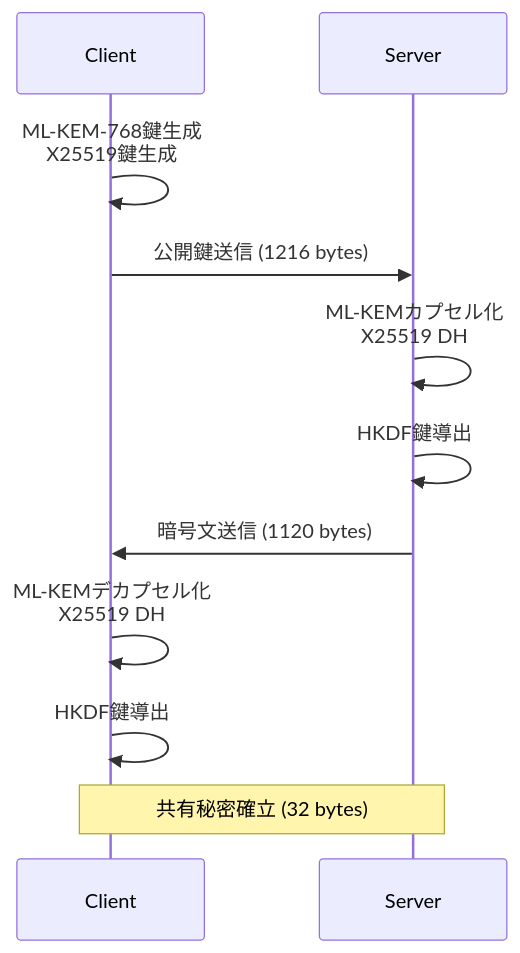
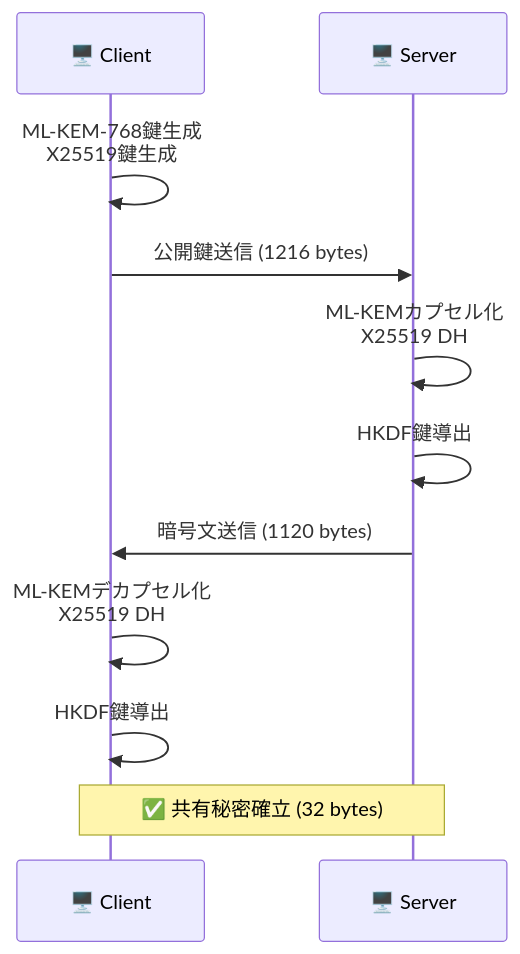
One commit to Nyx-Protocol/Nyx changed the third of 5 diagrams in presentation/slides.md. Above: the diagram before and after it, drawn with Mermaid. The commit also changed other lines of this file and 9 other files, not shown here.

````diff
--- a/presentation/slides.md
+++ b/presentation/slides.md
@@ -313,17 +566,17 @@
-```mermaid
+```mermaid {scale: 0.4}
 sequenceDiagram
-    participant C as Client
-    participant S as Server
+    participant C as 🖥️ Client
+    participant S as 🖥️ Server
     
     C->>C: ML-KEM-768鍵生成<br/>X25519鍵生成
     C->>S: 公開鍵送信 (1216 bytes)
     
     S->>S: ML-KEMカプセル化<br/>X25519 DH
     S->>S: HKDF鍵導出
     S->>C: 暗号文送信 (1120 bytes)
     
     C->>C: ML-KEMデカプセル化<br/>X25519 DH
     C->>C: HKDF鍵導出
     
-    Note over C,S: 共有秘密確立 (32 bytes)
+    Note over C,S: ✅ 共有秘密確立 (32 bytes)
 ```
````
